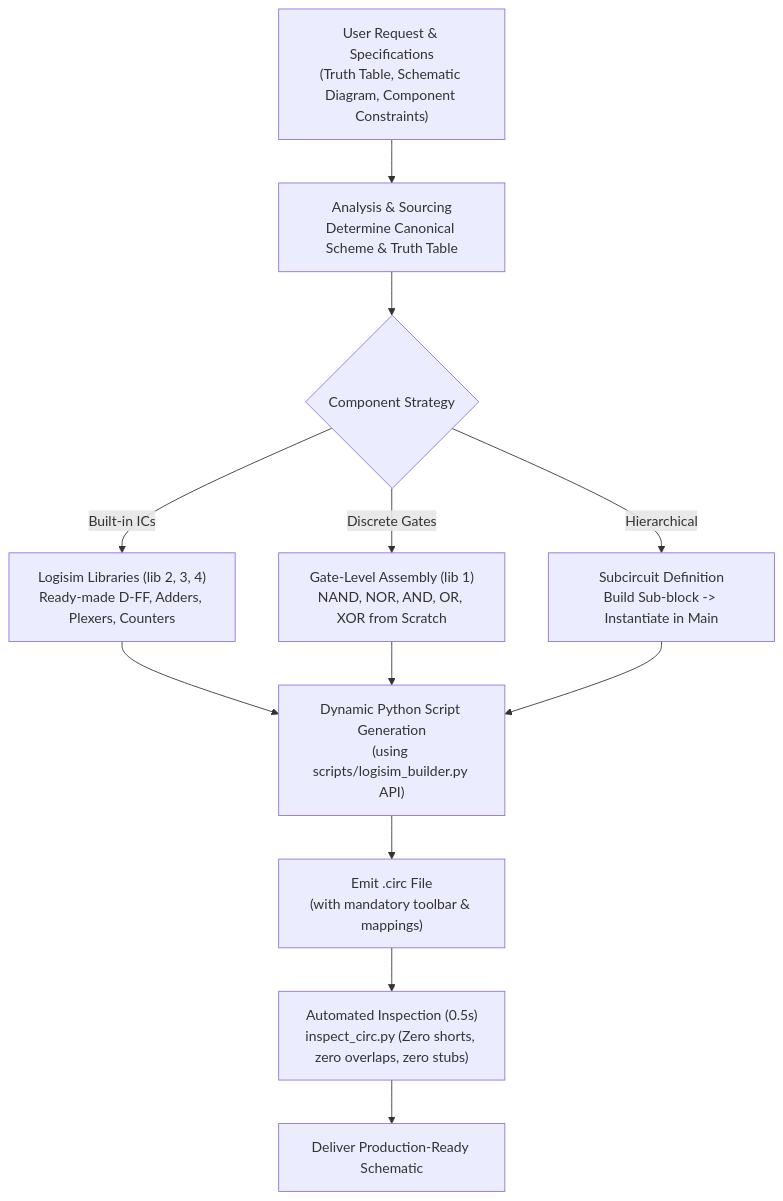
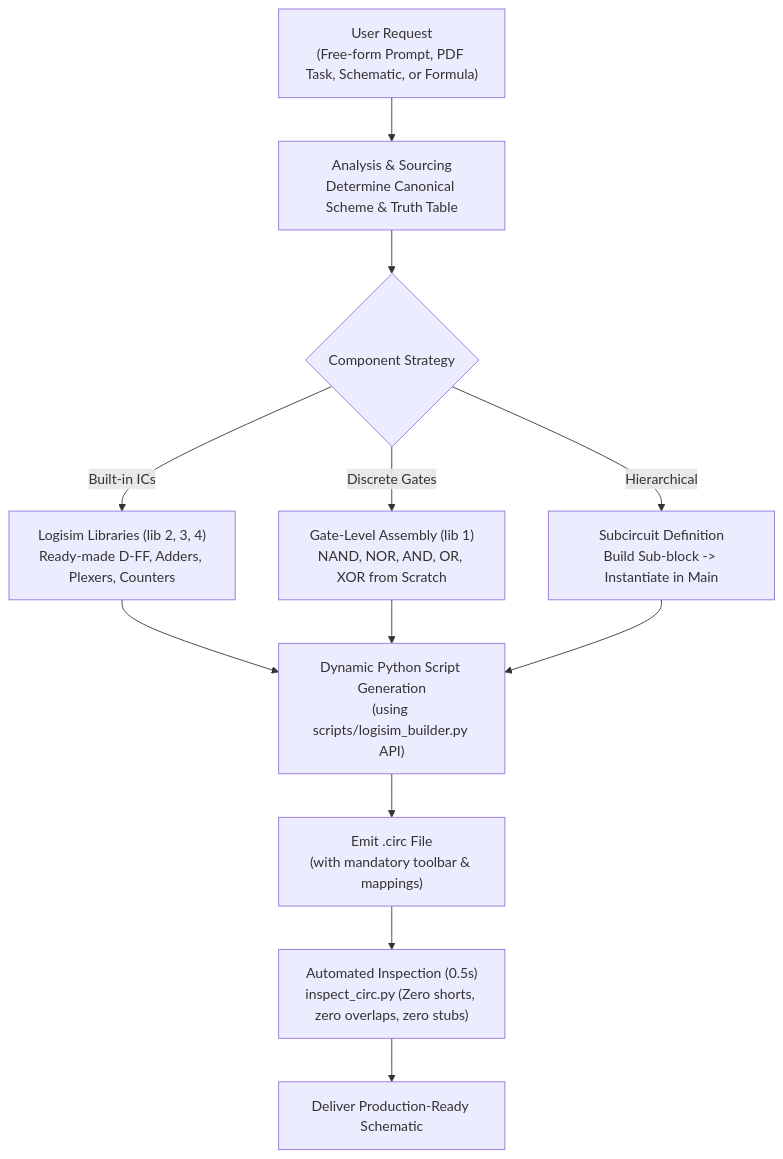
Before and after one commit to vnkdevelop/LogisimSkill: the diagram in SKILL.md, drawn with Mermaid. The commit also changed other lines of this file and 1 other file, not shown here.

Commit message:
Add-guidelines-and-defaults-for-free-form-brief-circuit-requests

````diff
--- a/SKILL.md
+++ b/SKILL.md
@@ -18,17 +18,17 @@
 ```mermaid
 flowchart TD
-    Req["User Request & Specifications<br>(Truth Table, Schematic Diagram, Component Constraints)"] --> Analysis["Analysis & Sourcing<br>Determine Canonical Scheme & Truth Table"]
+    Req["User Request<br>(Free-form Prompt, PDF Task, Schematic, or Formula)"] --> Analysis["Analysis & Sourcing<br>Determine Canonical Scheme & Truth Table"]
     Analysis --> Strategy{"Component Strategy"}
     
     Strategy -->|"Built-in ICs"| Macro["Logisim Libraries (lib 2, 3, 4)<br>Ready-made D-FF, Adders, Plexers, Counters"]
     Strategy -->|"Discrete Gates"| Discrete["Gate-Level Assembly (lib 1)<br>NAND, NOR, AND, OR, XOR from Scratch"]
     Strategy -->|"Hierarchical"| Modular["Subcircuit Definition<br>Build Sub-block -> Instantiate in Main"]
     
     Macro --> ScriptGen["Dynamic Python Script Generation<br>(using scripts/logisim_builder.py API)"]
     Discrete --> ScriptGen
     Modular --> ScriptGen
     
     ScriptGen --> Save["Emit .circ File<br>(with mandatory toolbar & mappings)"]
     Save --> Audit["Automated Inspection (0.5s)<br>inspect_circ.py (Zero shorts, zero overlaps, zero stubs)"]
     Audit --> Delivery["Deliver Production-Ready Schematic"]
 ```
````
